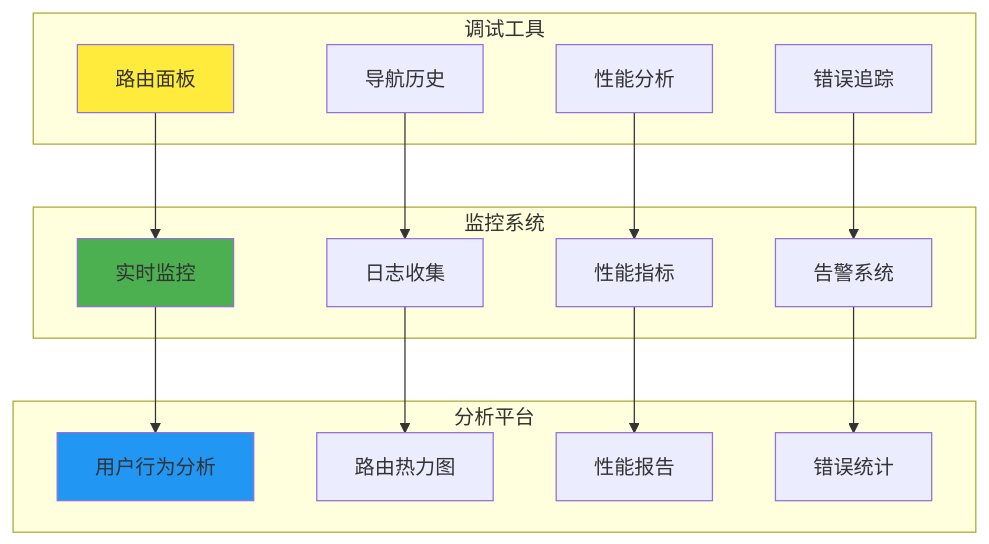
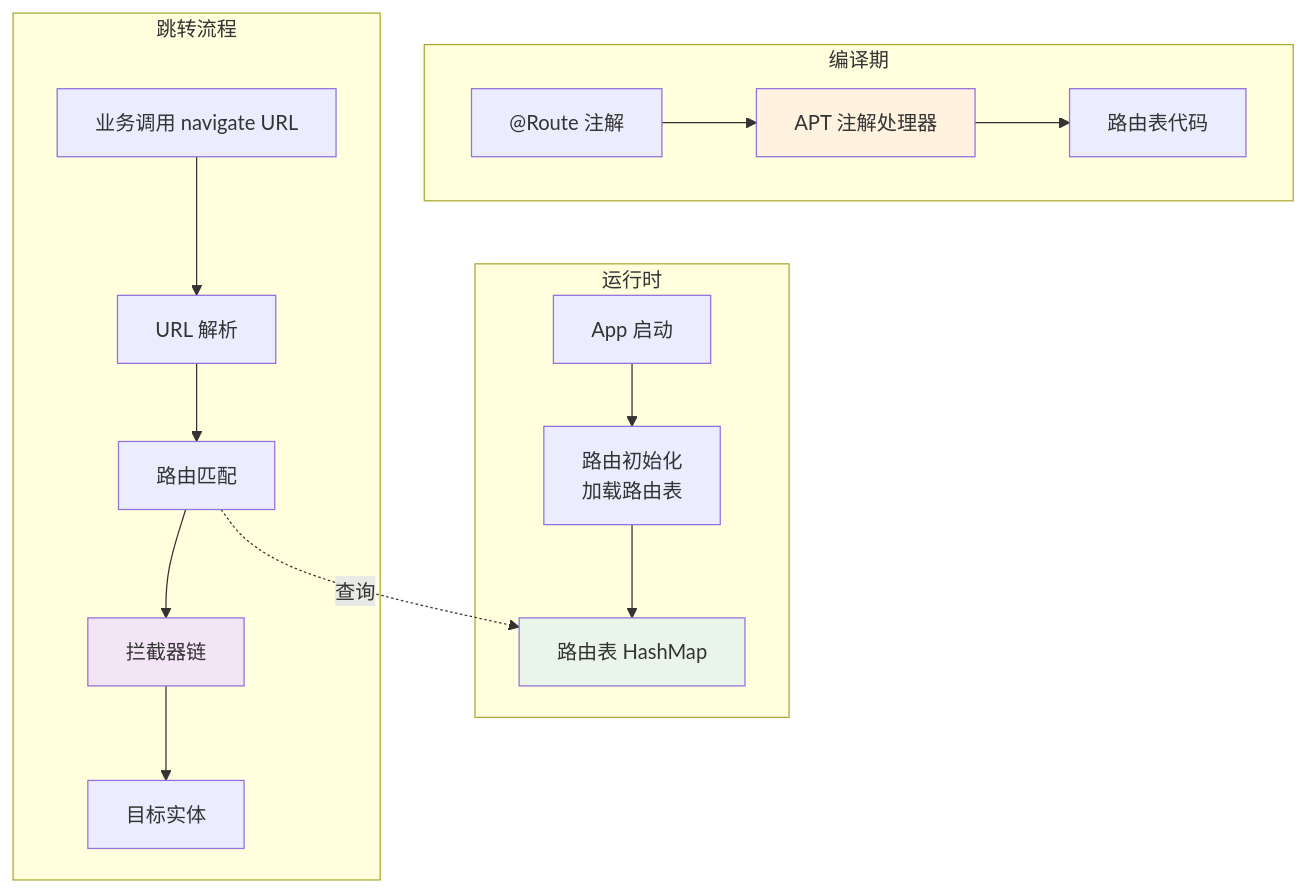
Before and after one commit to chongyang211/YCBookBlog: the fifth of 12 diagrams in 00.通用技术的提升/07.方案设计思想/卷三-通信与协议/15.路由库设计思想.md, drawn with Mermaid. The commit also changed other lines of this file and 44 other files, not shown here.

````diff
--- a/00.通用技术的提升/07.方案设计思想/卷三-通信与协议/15.路由库设计思想.md
+++ b/00.通用技术的提升/07.方案设计思想/卷三-通信与协议/15.路由库设计思想.md
@@ -1038,37 +293,31 @@
 ```mermaid
 graph TB
-    subgraph "调试工具"
-        A1[路由面板]
-        A2[导航历史]
-        A3[性能分析]
-        A4[错误追踪]
+    subgraph "编译期"
+        Annotate["@Route 注解"]
+        APT[APT 注解处理器]
+        RouteTable[路由表代码]
+        Annotate --> APT --> RouteTable
     end
     
-    subgraph "监控系统"
-        B1[实时监控]
-        B2[日志收集]
-        B3[性能指标]
-        B4[告警系统]
+    subgraph "运行时"
+        App[App 启动]
+        Init[路由初始化<br/>加载路由表]
+        Map[路由表 HashMap]
+        App --> Init --> Map
     end
     
-    subgraph "分析平台"
-        C1[用户行为分析]
-        C2[路由热力图]
-        C3[性能报告]
-        C4[错误统计]
+    subgraph "跳转流程"
+        Call[业务调用 navigate URL]
+        Parse[URL 解析]
+        Match[路由匹配]
+        Chain[拦截器链]
+        Target[目标实体]
+        
+        Call --> Parse --> Match --> Chain --> Target
+        Match -.查询.-> Map
     end
     
-    A1 --> B1
-    A2 --> B2
-    A3 --> B3
-    A4 --> B4
-    
-    B1 --> C1
-    B2 --> C2
-    B3 --> C3
-    B4 --> C4
-    
-    style A1 fill:#ffeb3b
-    style B1 fill:#4caf50
-    style C1 fill:#2196f3
+    style APT fill:#fff3e0
+    style Map fill:#e8f5e8
+    style Chain fill:#f3e5f5
 ```
````
